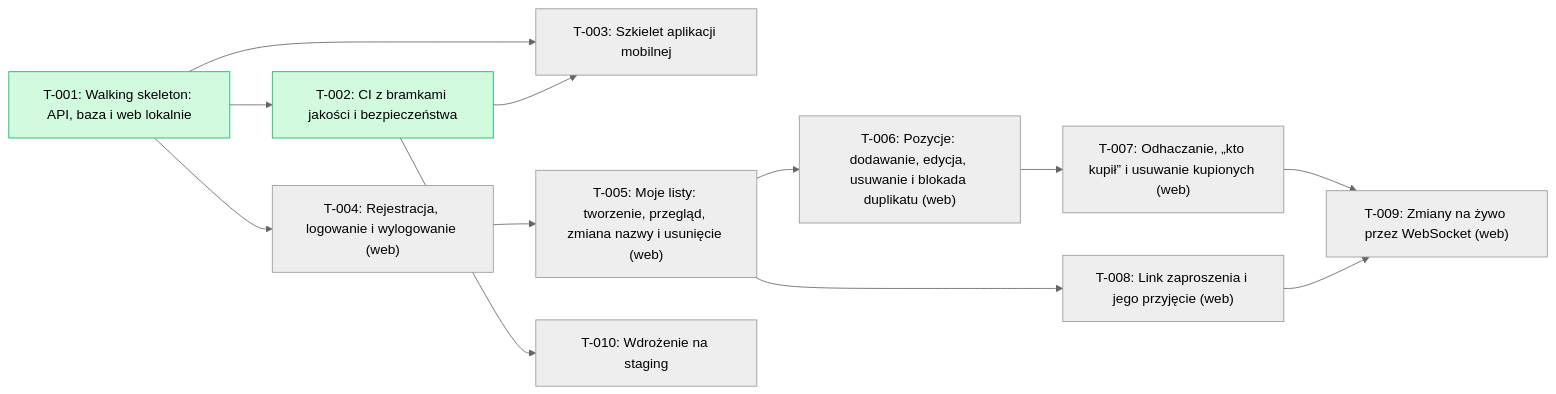
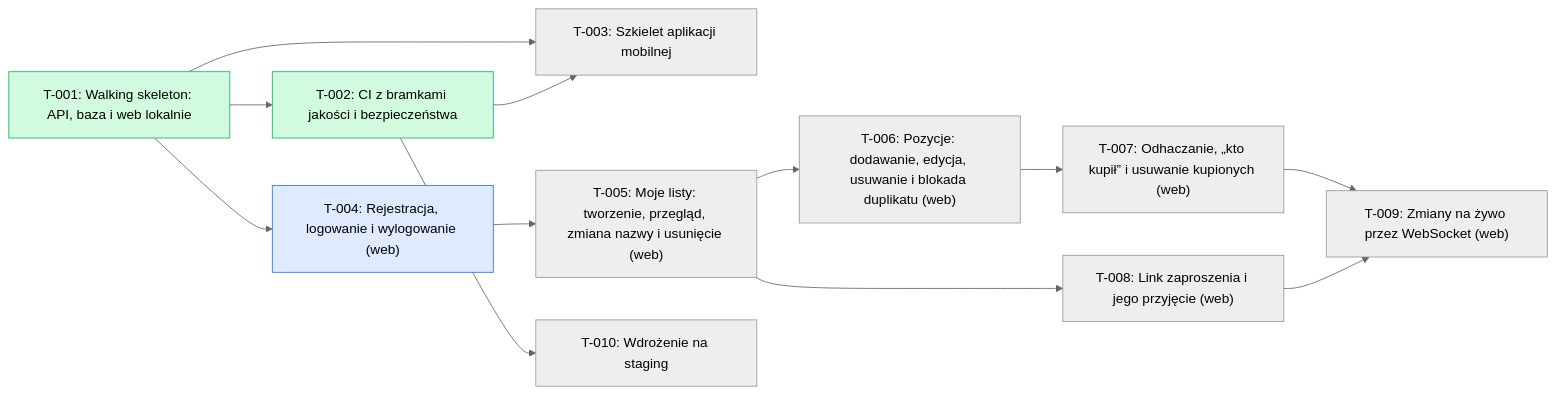
One commit to tombraz/lista-zakupow changed the diagram in docs/backlog/index.md. Above: the diagram before and after it, drawn with Mermaid (neutral theme). The commit also changed other lines of this file and 117 other files, not shown here.

Commit message:
T-004: Rejestracja, logowanie i wylogowanie (web)

````diff
--- a/docs/backlog/index.md
+++ b/docs/backlog/index.md
@@ -19,28 +18,28 @@
 ```mermaid
 flowchart LR
   T_001["T-001: Walking skeleton: API, baza i web lokalnie"]:::done
   T_002["T-002: CI z bramkami jakości i bezpieczeństwa"]:::done
   T_003["T-003: Szkielet aplikacji mobilnej"]
-  T_004["T-004: Rejestracja, logowanie i wylogowanie (web)"]
+  T_004["T-004: Rejestracja, logowanie i wylogowanie (web)"]:::qa
   T_005["T-005: Moje listy: tworzenie, przegląd, zmiana nazwy i usunięcie (web)"]
   T_006["T-006: Pozycje: dodawanie, edycja, usuwanie i blokada duplikatu (web)"]
   T_007["T-007: Odhaczanie, „kto kupił” i usuwanie kupionych (web)"]
   T_008["T-008: Link zaproszenia i jego przyjęcie (web)"]
   T_009["T-009: Zmiany na żywo przez WebSocket (web)"]
   T_010["T-010: Wdrożenie na staging"]
   T_001 --> T_002
   T_001 --> T_003
   T_002 --> T_003
   T_001 --> T_004
   T_004 --> T_005
   T_005 --> T_006
   T_006 --> T_007
   T_005 --> T_008
   T_007 --> T_009
   T_008 --> T_009
   T_002 --> T_010
   classDef done fill:#d1fadf,stroke:#12b76a
   classDef wip fill:#fef0c7,stroke:#f79009
   classDef qa fill:#e0eaff,stroke:#2970ff
   classDef blocked fill:#fee4e2,stroke:#f04438
 ```
````
